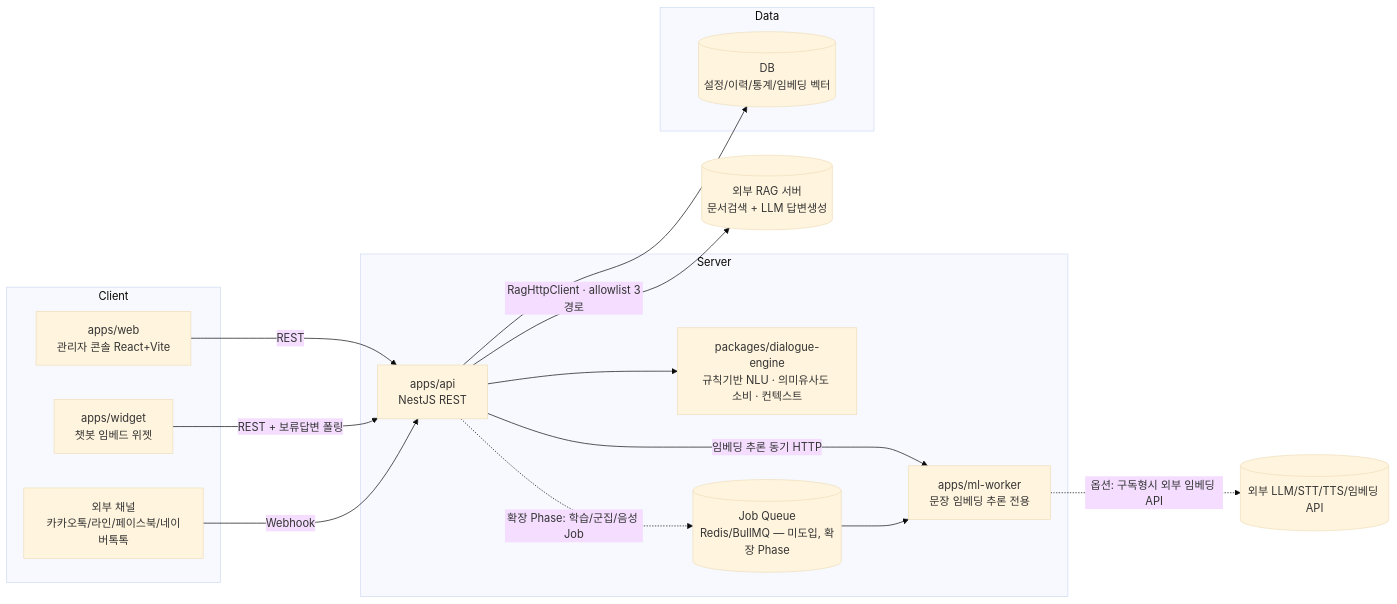
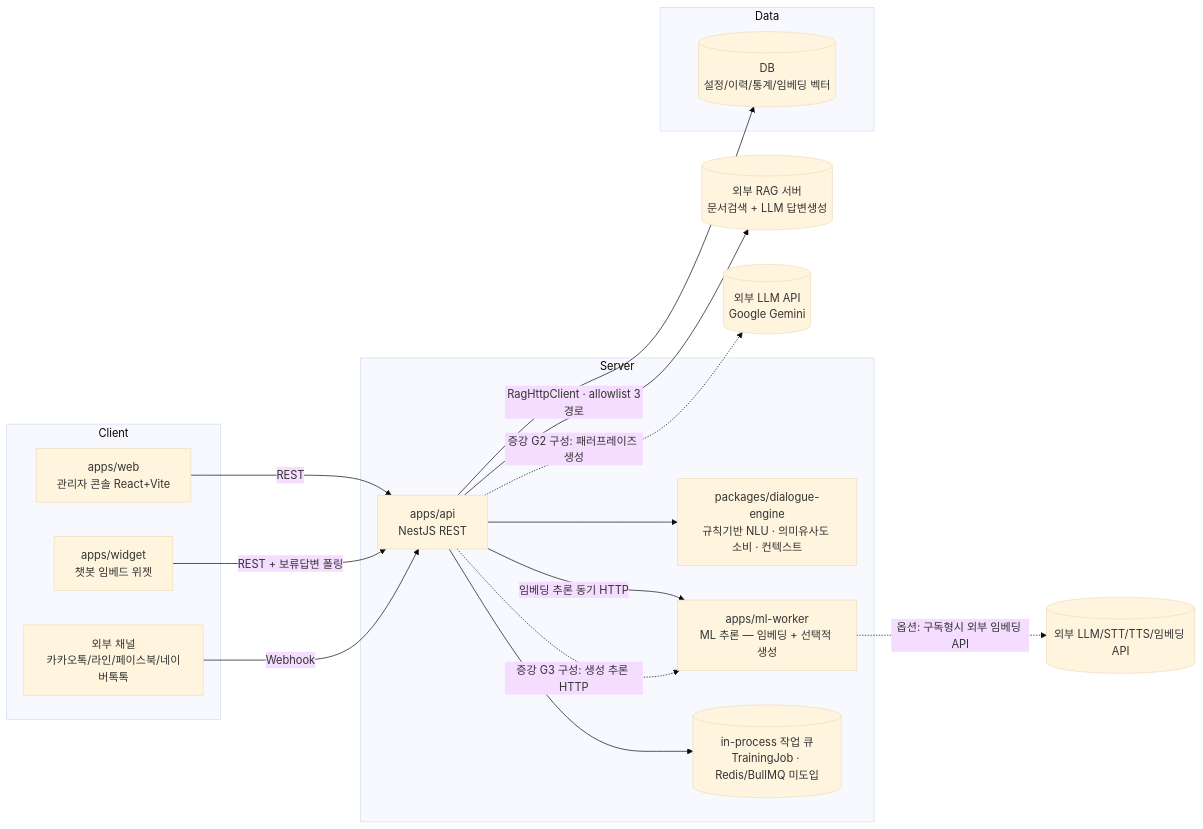
One commit to yong-joo-kim/Chat-Bot changed the diagram in docs/02-spec/개발명세서.md. Above: the diagram before and after it, drawn with Mermaid (base theme). The commit also changed other lines of this file and 128 other files, not shown here.

````diff
--- a/docs/02-spec/개발명세서.md
+++ b/docs/02-spec/개발명세서.md
@@ -9,31 +9,33 @@
 ```mermaid
 flowchart LR
     subgraph Client
         W[apps/web<br/>관리자 콘솔 React+Vite]
         WG[apps/widget<br/>챗봇 임베드 위젯]
         CH[외부 채널<br/>카카오톡/라인/페이스북/네이버톡톡]
     end
 
     subgraph Server
         API[apps/api<br/>NestJS REST]
         DE[packages/dialogue-engine<br/>규칙기반 NLU · 의미유사도 소비 · 컨텍스트]
-        ML[apps/ml-worker<br/>문장 임베딩 추론 전용]
-        MLQ[(Job Queue<br/>Redis/BullMQ — 미도입, 확장 Phase)]
+        ML[apps/ml-worker<br/>ML 추론 — 임베딩 + 선택적 생성]
+        JQ[(in-process 작업 큐<br/>TrainingJob · Redis/BullMQ 미도입)]
     end
 
     subgraph Data
         DB[(DB<br/>설정/이력/통계/임베딩 벡터)]
     end
 
     EXTRAG[(외부 RAG 서버<br/>문서검색 + LLM 답변생성)]
 
     W -->|REST| API
     WG -->|REST + 보류답변 폴링| API
     CH -->|Webhook| API
     API --> DE
     API --> DB
     API -->|임베딩 추론 동기 HTTP| ML
     API -->|RagHttpClient · allowlist 3경로| EXTRAG
-    API -.확장 Phase: 학습/군집/음성 Job.-> MLQ --> ML
+    API --> JQ
+    API -.증강 G3 구성: 생성 추론 HTTP.-> ML
+    API -.증강 G2 구성: 패러프레이즈 생성.-> GEM[(외부 LLM API<br/>Google Gemini)]
     ML -.옵션: 구독형시 외부 임베딩 API.-> EXT[(외부 LLM/STT/TTS/임베딩 API)]
 ```
````
